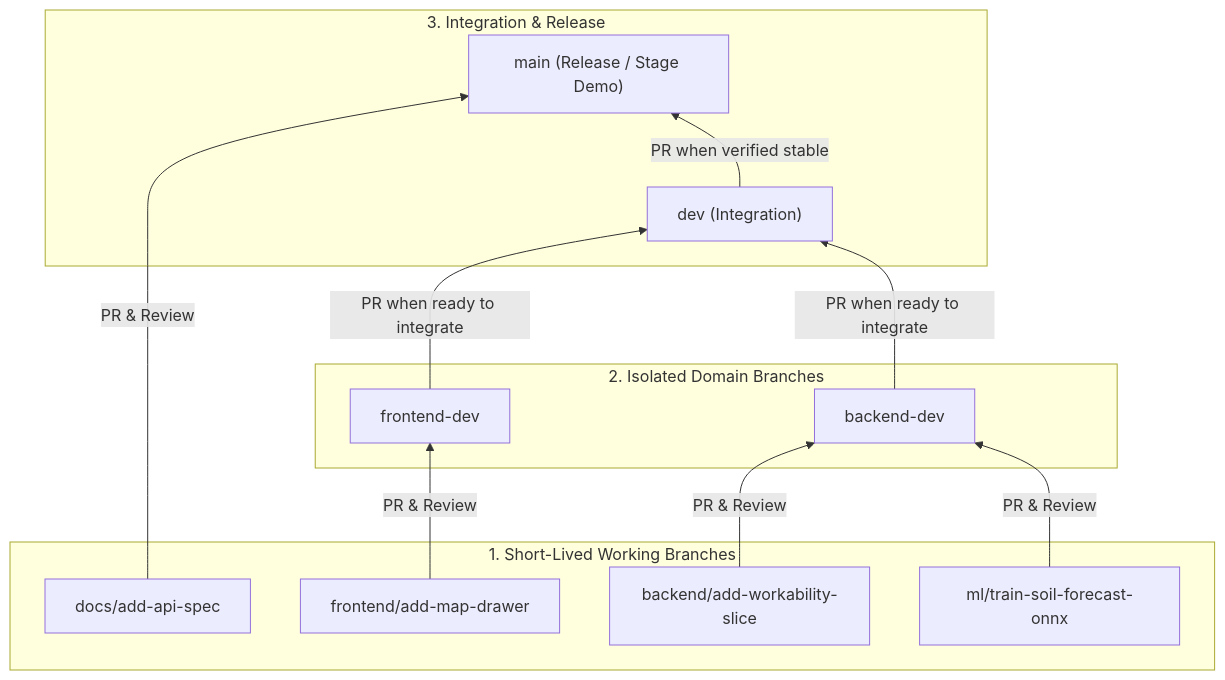
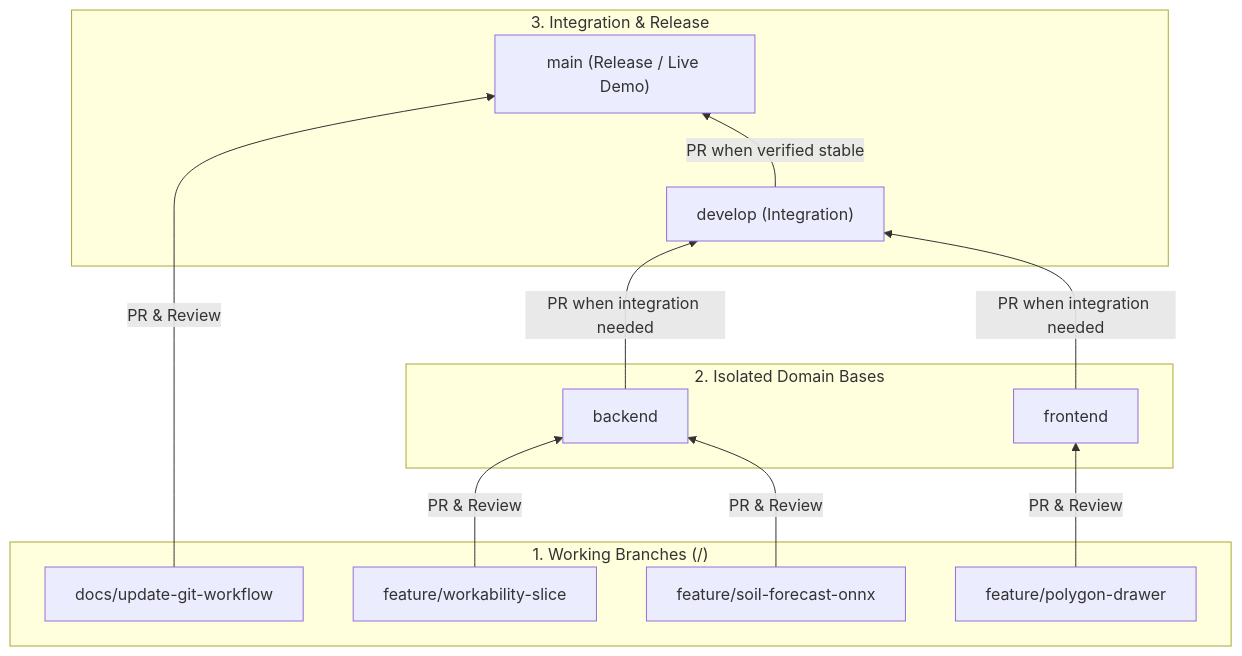
One commit to Nikolas321654/FarmFlow_Nasa changed the diagram in docs/git-workflow.md. Above: the diagram before and after it, drawn with Mermaid. The commit also changed other lines of this file, not shown here.

Commit message:
[chore-docs] - Updated Git workflow with kind-of-work branch naming and team commit conventions

````diff
--- a/docs/git-workflow.md
+++ b/docs/git-workflow.md
@@ -22,28 +66,28 @@
 ```mermaid
 flowchart BT
-    subgraph Feature_Branches ["1. Short-Lived Working Branches"]
-        F_FE["frontend/add-map-drawer"]
-        F_BE["backend/add-workability-slice"]
-        F_ML["ml/train-soil-forecast-onnx"]
-        F_DOC["docs/add-api-spec"]
+    subgraph Working_Branches ["1. Working Branches (<kind-of-work>/<work-done>)"]
+        F1["feature/workability-slice"]
+        F2["feature/soil-forecast-onnx"]
+        F3["feature/polygon-drawer"]
+        F4["docs/update-git-workflow"]
     end
 
-    subgraph Team_Branches ["2. Isolated Domain Branches"]
-        FE["frontend-dev"]
-        BE["backend-dev"]
+    subgraph Domain_Branches ["2. Isolated Domain Bases"]
+        BE["backend"]
+        FE["frontend"]
     end
 
     subgraph Integration_Release ["3. Integration & Release"]
-        DEV["dev (Integration)"]
-        MAIN["main (Release / Stage Demo)"]
+        DEV["develop (Integration)"]
+        MAIN["main (Release / Live Demo)"]
     end
 
-    F_FE -->|PR & Review| FE
-    F_BE -->|PR & Review| BE
-    F_ML -->|PR & Review| BE
-    F_DOC -->|PR & Review| MAIN
+    F1 -->|PR & Review| BE
+    F2 -->|PR & Review| BE
+    F3 -->|PR & Review| FE
+    F4 -->|PR & Review| MAIN
 
-    FE -->|PR when ready to integrate| DEV
-    BE -->|PR when ready to integrate| DEV
+    BE -->|PR when integration needed| DEV
+    FE -->|PR when integration needed| DEV
     DEV -->|PR when verified stable| MAIN
 ```
````
